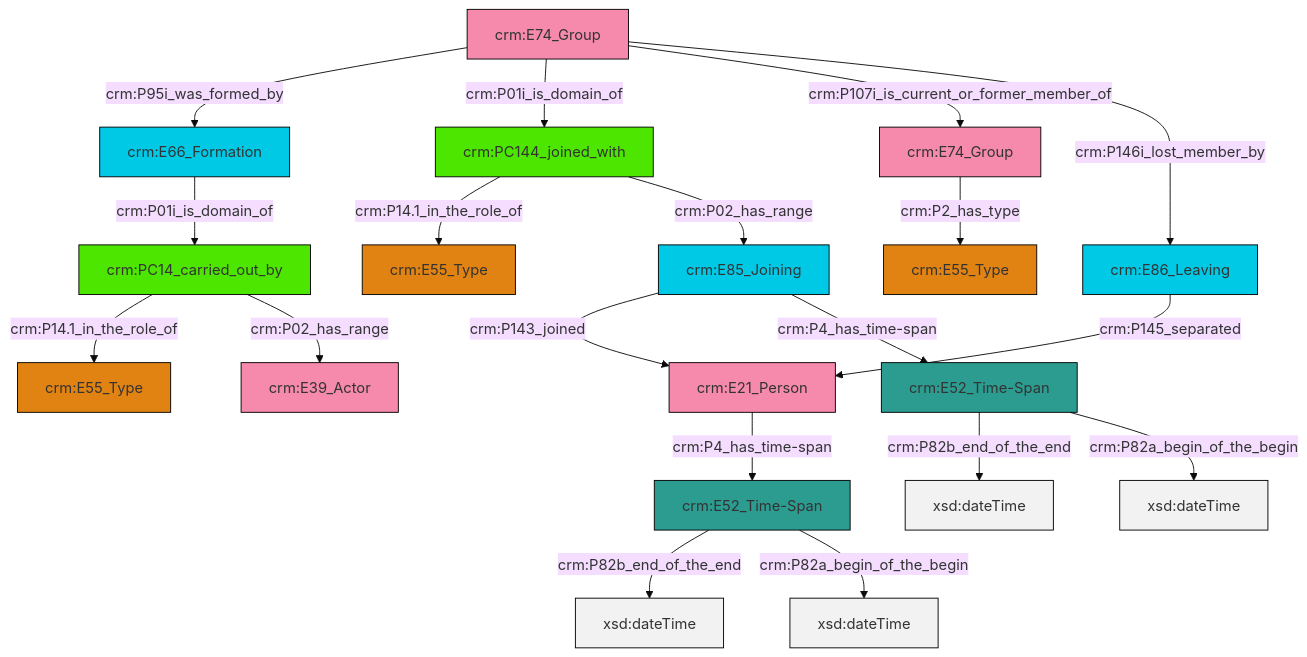
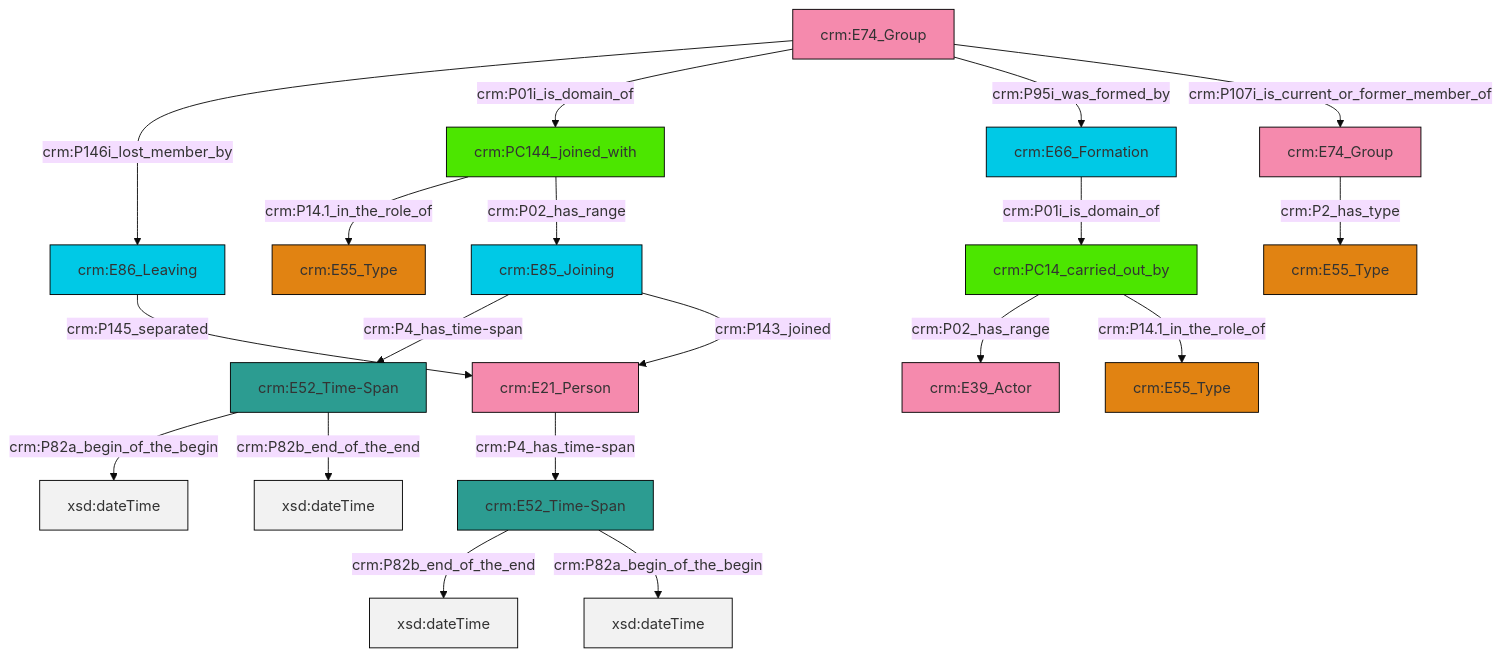
The diagram in et/groupCSV/ttl/mmd/group_actor_relations.ttl.mmd (swiss-art-research-net/docs.swissartresearch), drawn with Mermaid (base theme) before and after one commit. The commit also changed 176 other files, not shown here.

```diff
--- a/et/groupCSV/ttl/mmd/group_actor_relations.ttl.mmd
+++ b/et/groupCSV/ttl/mmd/group_actor_relations.ttl.mmd
@@ -1,33 +1,33 @@
 graph TD
 classDef Literal fill:#f2f2f2,stroke:#000000;
 classDef CRM_Entity fill:#FFFFFF,stroke:#000000;
 classDef Temporal_Entity fill:#00C9E6, stroke:#000000;
 classDef Type fill:#E18312, stroke:#000000;
 classDef Time-Span fill:#2C9C91, stroke:#000000;
 classDef Appellation fill:#FFEB7F, stroke:#000000;
 classDef Place fill:#008836, stroke:#000000;
 classDef Persistent_Item fill:#B266B2, stroke:#000000;
 classDef Conceptual_Object fill:#FFD700, stroke:#000000;
 classDef Physical_Thing fill:#D2B48C, stroke:#000000;
 classDef Actor fill:#f58aad, stroke:#000000;
 classDef PC_Classes fill:#4ce600, stroke:#000000;
 classDef Multi fill:#cccccc,stroke:#000000;
 
-0["crm:PC144_joined_with"]:::PC_Classes -->|crm:P14.1_in_the_role_of| 1["crm:E55_Type"]:::Type
-2["crm:E66_Formation"]:::Temporal_Entity -->|crm:P01i_is_domain_of| 3["crm:PC14_carried_out_by"]:::PC_Classes
-3["crm:PC14_carried_out_by"]:::PC_Classes -->|crm:P14.1_in_the_role_of| 7["crm:E55_Type"]:::Type
-0["crm:PC144_joined_with"]:::PC_Classes -->|crm:P02_has_range| 8["crm:E85_Joining"]:::Temporal_Entity
-9["crm:E52_Time-Span"]:::Time-Span -->|crm:P82b_end_of_the_end| 10[xsd:dateTime]:::Literal
-9["crm:E52_Time-Span"]:::Time-Span -->|crm:P82a_begin_of_the_begin| 11[xsd:dateTime]:::Literal
-13["crm:E21_Person"]:::Actor -->|crm:P4_has_time-span| 9["crm:E52_Time-Span"]:::Time-Span
-14["crm:E74_Group"]:::Actor -->|crm:P2_has_type| 4["crm:E55_Type"]:::Type
-15["crm:E86_Leaving"]:::Temporal_Entity -->|crm:P145_separated| 13["crm:E21_Person"]:::Actor
-3["crm:PC14_carried_out_by"]:::PC_Classes -->|crm:P02_has_range| 22["crm:E39_Actor"]:::Actor
-8["crm:E85_Joining"]:::Temporal_Entity -->|crm:P143_joined| 13["crm:E21_Person"]:::Actor
-8["crm:E85_Joining"]:::Temporal_Entity -->|crm:P4_has_time-span| 19["crm:E52_Time-Span"]:::Time-Span
-17["crm:E74_Group"]:::Actor -->|crm:P95i_was_formed_by| 2["crm:E66_Formation"]:::Temporal_Entity
-19["crm:E52_Time-Span"]:::Time-Span -->|crm:P82b_end_of_the_end| 24[xsd:dateTime]:::Literal
-19["crm:E52_Time-Span"]:::Time-Span -->|crm:P82a_begin_of_the_begin| 26[xsd:dateTime]:::Literal
-17["crm:E74_Group"]:::Actor -->|crm:P01i_is_domain_of| 0["crm:PC144_joined_with"]:::PC_Classes
-17["crm:E74_Group"]:::Actor -->|crm:P107i_is_current_or_former_member_of| 14["crm:E74_Group"]:::Actor
-17["crm:E74_Group"]:::Actor -->|crm:P146i_lost_member_by| 15["crm:E86_Leaving"]:::Temporal_Entity
+0["crm:E85_Joining"]:::Temporal_Entity -->|crm:P4_has_time-span| 1["crm:E52_Time-Span"]:::Time-Span
+6["crm:PC144_joined_with"]:::PC_Classes -->|crm:P14.1_in_the_role_of| 7["crm:E55_Type"]:::Type
+8["crm:PC14_carried_out_by"]:::PC_Classes -->|crm:P02_has_range| 9["crm:E39_Actor"]:::Actor
+8["crm:PC14_carried_out_by"]:::PC_Classes -->|crm:P14.1_in_the_role_of| 10["crm:E55_Type"]:::Type
+2["crm:E52_Time-Span"]:::Time-Span -->|crm:P82b_end_of_the_end| 12[xsd:dateTime]:::Literal
+16["crm:E74_Group"]:::Actor -->|crm:P146i_lost_member_by| 17["crm:E86_Leaving"]:::Temporal_Entity
+16["crm:E74_Group"]:::Actor -->|crm:P01i_is_domain_of| 6["crm:PC144_joined_with"]:::PC_Classes
+19["crm:E21_Person"]:::Actor -->|crm:P4_has_time-span| 2["crm:E52_Time-Span"]:::Time-Span
+17["crm:E86_Leaving"]:::Temporal_Entity -->|crm:P145_separated| 19["crm:E21_Person"]:::Actor
+0["crm:E85_Joining"]:::Temporal_Entity -->|crm:P143_joined| 19["crm:E21_Person"]:::Actor
+16["crm:E74_Group"]:::Actor -->|crm:P95i_was_formed_by| 13["crm:E66_Formation"]:::Temporal_Entity
+2["crm:E52_Time-Span"]:::Time-Span -->|crm:P82a_begin_of_the_begin| 25[xsd:dateTime]:::Literal
+22["crm:E74_Group"]:::Actor -->|crm:P2_has_type| 4["crm:E55_Type"]:::Type
+16["crm:E74_Group"]:::Actor -->|crm:P107i_is_current_or_former_member_of| 22["crm:E74_Group"]:::Actor
+1["crm:E52_Time-Span"]:::Time-Span -->|crm:P82a_begin_of_the_begin| 29[xsd:dateTime]:::Literal
+1["crm:E52_Time-Span"]:::Time-Span -->|crm:P82b_end_of_the_end| 30[xsd:dateTime]:::Literal
+13["crm:E66_Formation"]:::Temporal_Entity -->|crm:P01i_is_domain_of| 8["crm:PC14_carried_out_by"]:::PC_Classes
+6["crm:PC144_joined_with"]:::PC_Classes -->|crm:P02_has_range| 0["crm:E85_Joining"]:::Temporal_Entity
```
